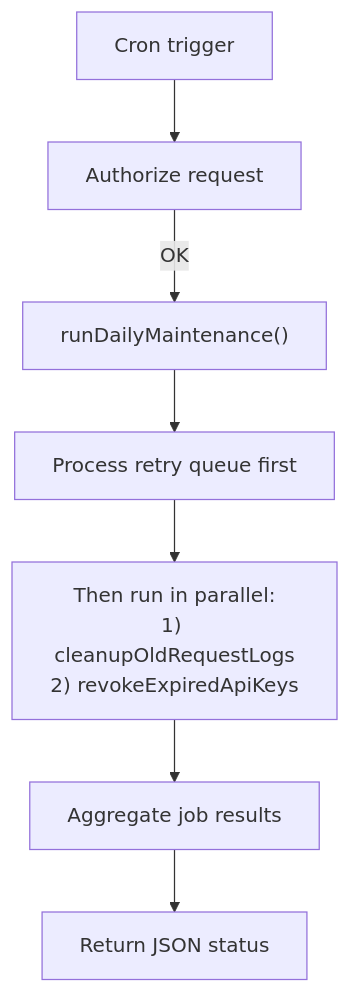
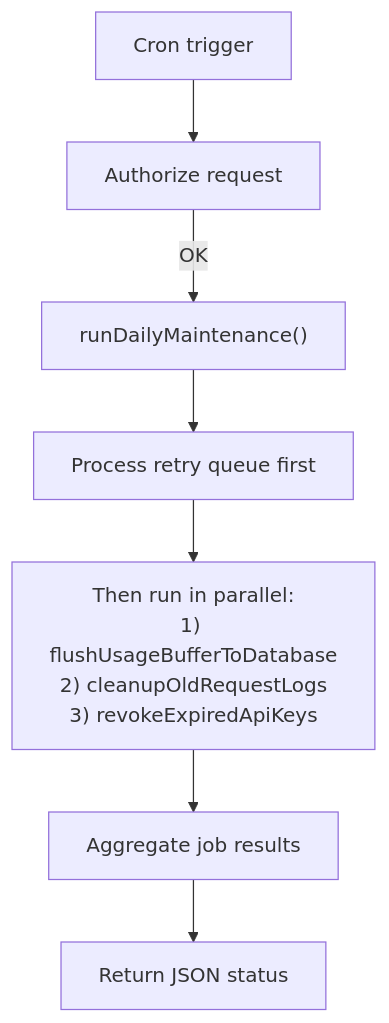
Before and after one commit to EricTsai83/optstuff: the diagram in apps/docs/content/docs/architecture/daily-maintenance-cron.mdx, drawn with Mermaid. The commit also changed other lines of this file and 23 other files, not shown here.

````diff
--- a/apps/docs/content/docs/architecture/daily-maintenance-cron.mdx
+++ b/apps/docs/content/docs/architecture/daily-maintenance-cron.mdx
@@ -28,9 +31,9 @@
 ```mermaid
 flowchart TD
   A["Cron trigger"] --> B["Authorize request"]
   B -->|OK| C["runDailyMaintenance()"]
   C --> D["Process retry queue first"]
-  D --> E["Then run in parallel:<br/>1) cleanupOldRequestLogs<br/>2) revokeExpiredApiKeys"]
+  D --> E["Then run in parallel:<br/>1) flushUsageBufferToDatabase<br/>2) cleanupOldRequestLogs<br/>3) revokeExpiredApiKeys"]
   E --> F["Aggregate job results"]
   F --> G["Return JSON status"]
 ```
````
